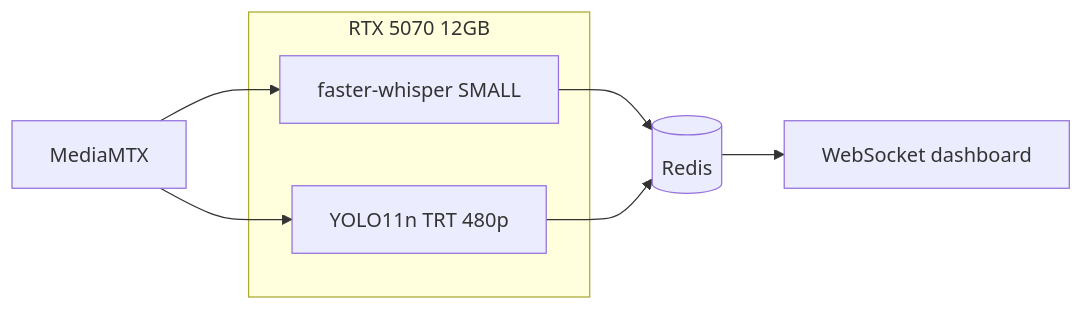
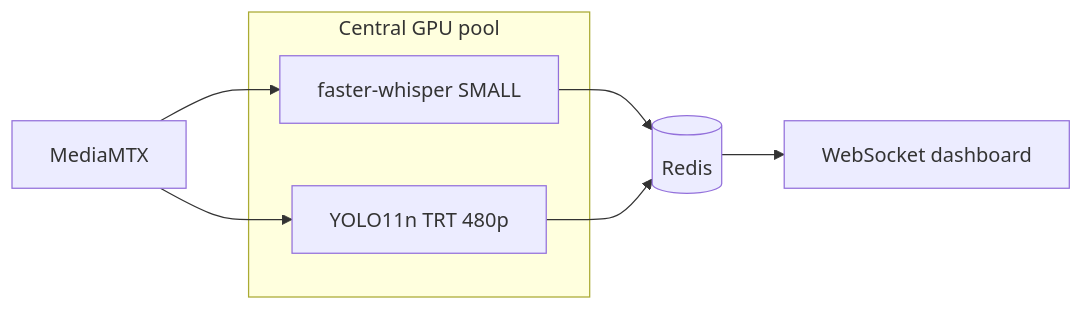
Before and after one commit to NITISH-R-G/PedagogyX: the diagram in docs/05-architecture/AI_ARCHITECTURE.md, drawn with Mermaid. The commit also changed other lines of this file and 7 other files, not shown here.

Commit message:
docs: complete v0.4 architecture updates for thin clients

````diff
--- a/docs/05-architecture/AI_ARCHITECTURE.md
+++ b/docs/05-architecture/AI_ARCHITECTURE.md
@@ -43,11 +50,11 @@
 ```mermaid
 flowchart LR
-    subgraph gpu [RTX 5070 12GB]
+    subgraph gpu [Central GPU pool]
         FW[faster-whisper SMALL]
         YOLO[YOLO11n TRT 480p]
     end
     ING[MediaMTX] --> FW & YOLO
     FW --> REDIS[(Redis)]
     YOLO --> REDIS
     REDIS --> WS[WebSocket dashboard]
 ```
````
